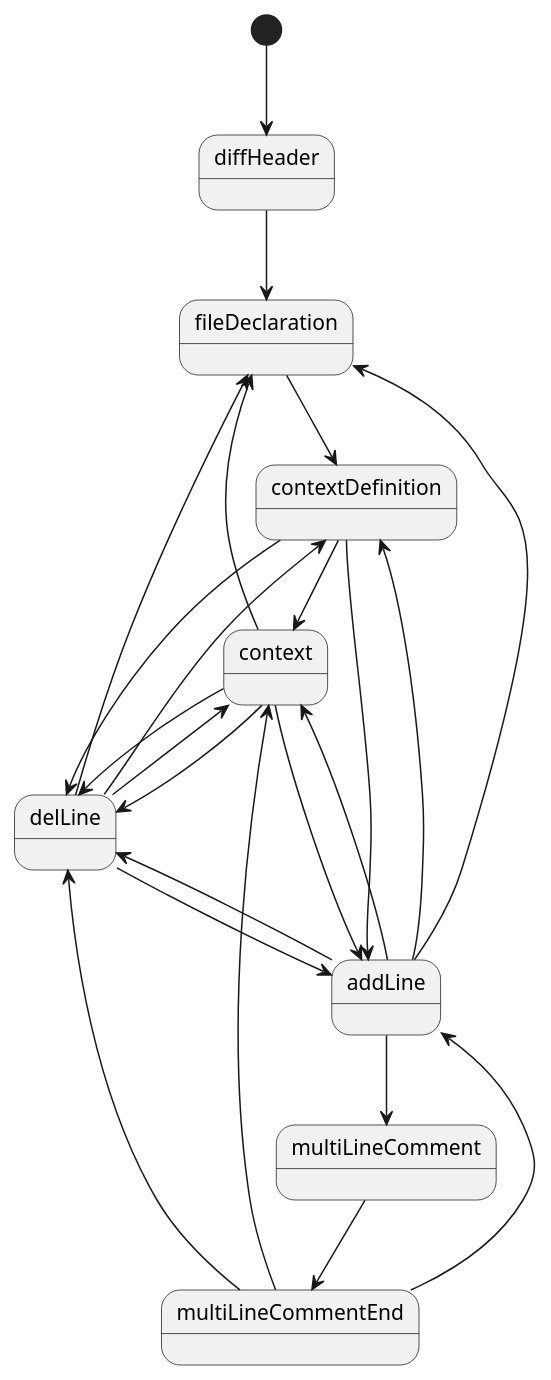
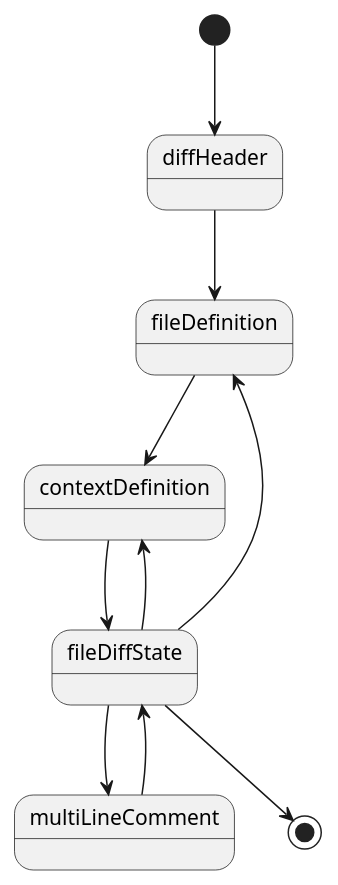
One commit to TNG/mustard-cli changed the diagram in doc/commentExtractor.puml. Above: the diagram before and after it, drawn with PlantUML. The commit also changed 6 other files, not shown here.

```diff
--- a/doc/commentExtractor.puml
+++ b/doc/commentExtractor.puml
@@ -1,29 +1,13 @@
 @startuml
 [*] --> diffHeader
-diffHeader --> fileDeclaration
-fileDeclaration --> contextDefinition
-contextDefinition --> context
-contextDefinition --> addLine
-contextDefinition --> delLine
-addLine --> delLine
-addLine --> contextDefinition
-addLine --> context
-addLine --> fileDeclaration
-delLine --> contextDefinition
-delLine --> addLine
-delLine --> context
-delLine --> fileDeclaration
-context --> delLine
-context --> fileDeclaration
-context --> addLine
-context --> delLine
-
-addLine --> multiLineComment
-multiLineComment --> multiLineCommentEnd
-multiLineCommentEnd --> addLine
-multiLineCommentEnd --> delLine
-multiLineCommentEnd --> context
-
+diffHeader --> fileDefinition
+fileDefinition --> contextDefinition
+contextDefinition --> fileDiffState
+fileDiffState --> multiLineComment
+multiLineComment --> fileDiffState
+fileDiffState -->contextDefinition
+fileDiffState -->fileDefinition
+fileDiffState --> [*]
 
 
 @enduml
```
